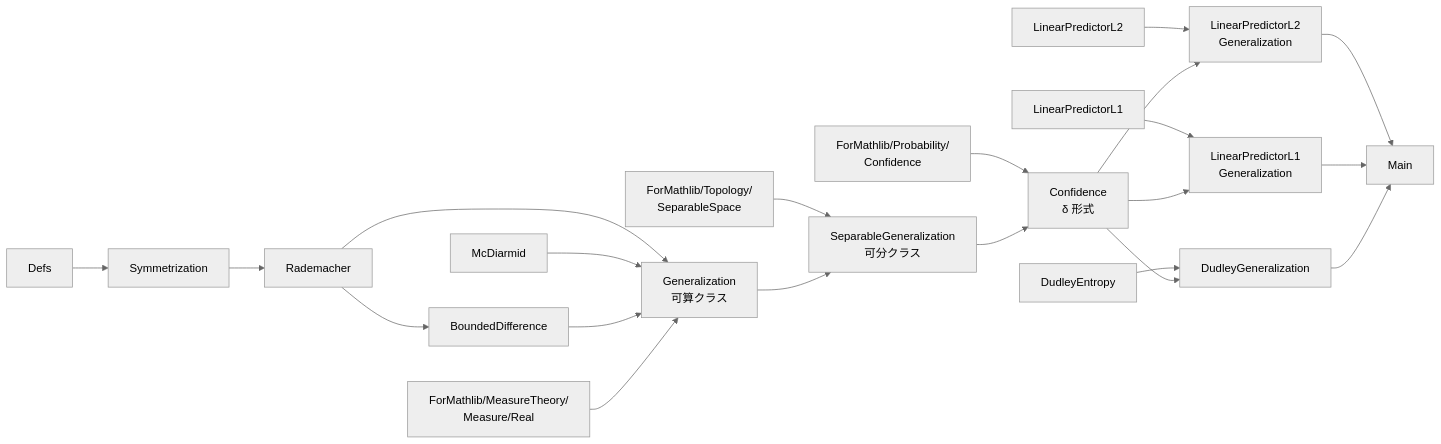
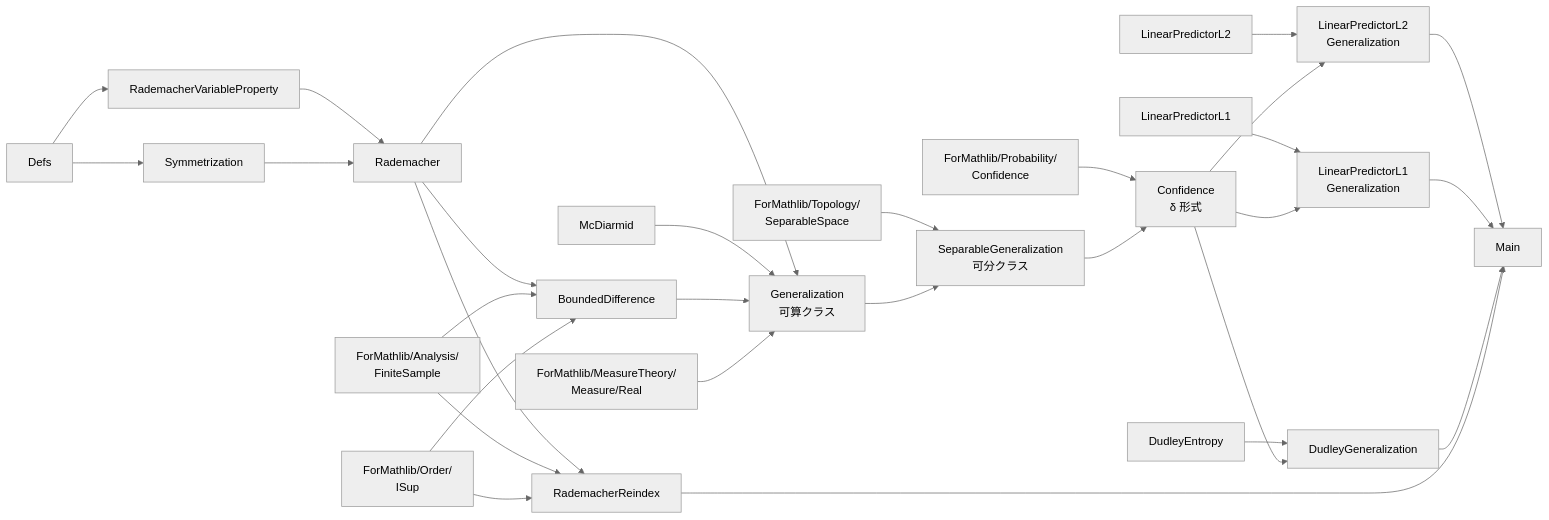
Before and after one commit to auto-res/lean-rademacher: the diagram in note/summary.md, drawn with Mermaid (neutral theme). The commit also changed other lines of this file and 12 other files, not shown here.

````diff
--- a/note/summary.md
+++ b/note/summary.md
@@ -29,45 +29,57 @@
 ```mermaid
 flowchart LR
     defs["Defs"]
     symm["Symmetrization"]
     rademacher["Rademacher"]
+    rademacherProperty["RademacherVariableProperty"]
+    reindex["RademacherReindex"]
     mcdiarmid["McDiarmid"]
     boundedDiff["BoundedDifference"]
+    finiteSample["ForMathlib/Analysis/<br/>FiniteSample"]
+    iSupBridge["ForMathlib/Order/<br/>ISup"]
     measureBridge["ForMathlib/MeasureTheory/<br/>Measure/Real"]
     topologyBridge["ForMathlib/Topology/<br/>SeparableSpace"]
     confidenceCalc["ForMathlib/Probability/<br/>Confidence"]
     generalization["Generalization<br/>可算クラス"]
     separableGen["SeparableGeneralization<br/>可分クラス"]
     confidence["Confidence<br/>δ 形式"]
     linearL2["LinearPredictorL2"]
     linearL1["LinearPredictorL1"]
     dudley["DudleyEntropy"]
     l2Gen["LinearPredictorL2<br/>Generalization"]
     l1Gen["LinearPredictorL1<br/>Generalization"]
     dudleyGen["DudleyGeneralization"]
     main["Main"]
 
     defs --> symm
+    defs --> rademacherProperty
+    rademacherProperty --> rademacher
     symm --> rademacher
     rademacher --> boundedDiff
     rademacher --> generalization
+    rademacher --> reindex
     mcdiarmid --> generalization
+    finiteSample --> boundedDiff
+    finiteSample --> reindex
+    iSupBridge --> boundedDiff
+    iSupBridge --> reindex
     boundedDiff --> generalization
     measureBridge --> generalization
 
     topologyBridge --> separableGen
     generalization --> separableGen
     confidenceCalc --> confidence
     separableGen --> confidence
 
     linearL2 --> l2Gen
     confidence --> l2Gen
     linearL1 --> l1Gen
     confidence --> l1Gen
     dudley --> dudleyGen
     confidence --> dudleyGen
 
     l2Gen --> main
     l1Gen --> main
     dudleyGen --> main
+    reindex --> main
 ```
````
